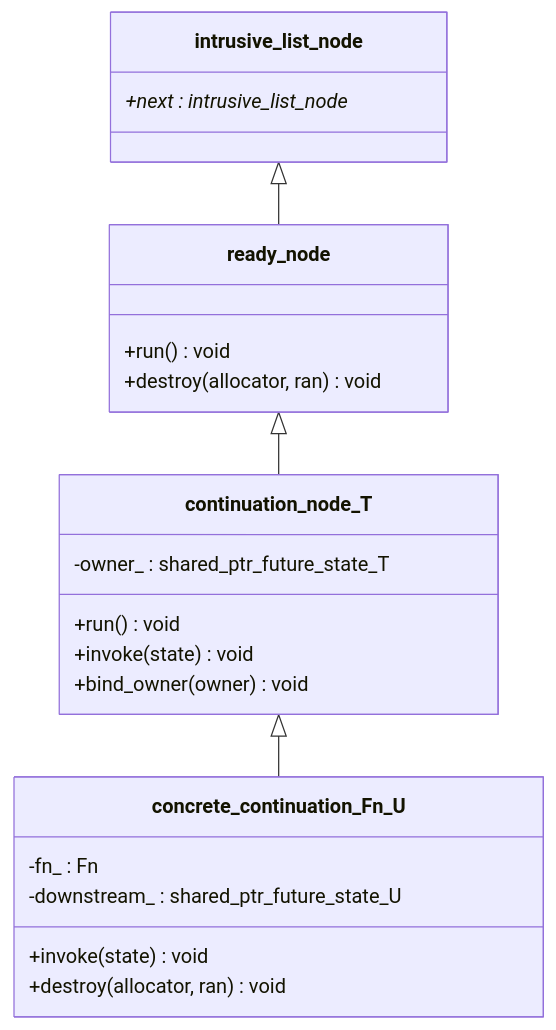
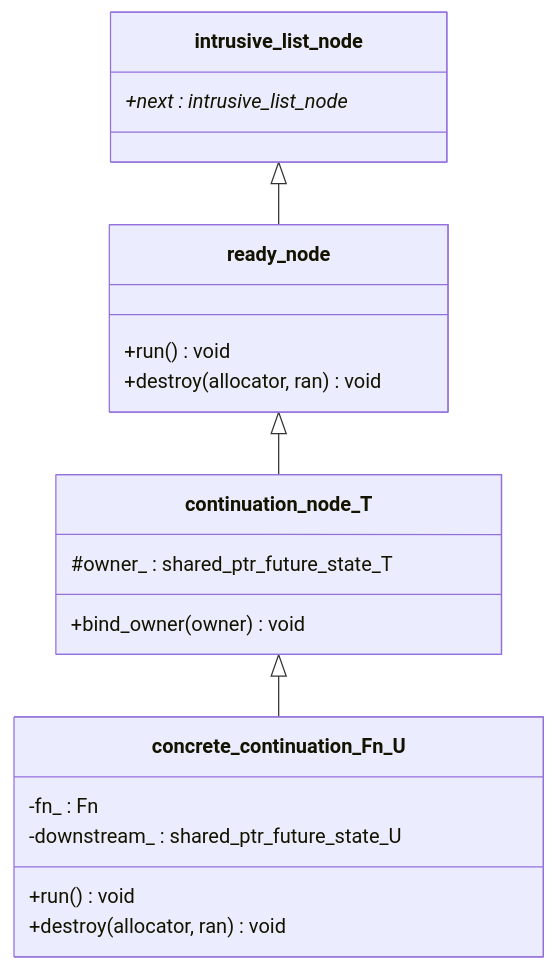
Before and after one commit to andijcr/async_experiments: the first of 2 diagrams in docs/wiki/Continuation-Node-Mechanism.md, drawn with Mermaid. The commit also changed other lines of this file and 5 other files, not shown here.

First line of the commit message:
Drop continuation_node<T>'s shared run()/invoke() split (issue #63)

````diff
--- a/docs/wiki/Continuation-Node-Mechanism.md
+++ b/docs/wiki/Continuation-Node-Mechanism.md
@@ -12,25 +12,23 @@
 ```mermaid
 classDiagram
   class intrusive_list_node {
     +next : intrusive_list_node*
   }
   class ready_node {
     +run() void
     +destroy(allocator, ran) void
   }
   class continuation_node_T {
-    -owner_ : shared_ptr_future_state_T
-    +run() void
-    +invoke(state) void
+    #owner_ : shared_ptr_future_state_T
     +bind_owner(owner) void
   }
   class concrete_continuation_Fn_U {
     -fn_ : Fn
     -downstream_ : shared_ptr_future_state_U
-    +invoke(state) void
+    +run() void
     +destroy(allocator, ran) void
   }
   intrusive_list_node <|-- ready_node
   ready_node <|-- continuation_node_T
   continuation_node_T <|-- concrete_continuation_Fn_U
 ```
````
